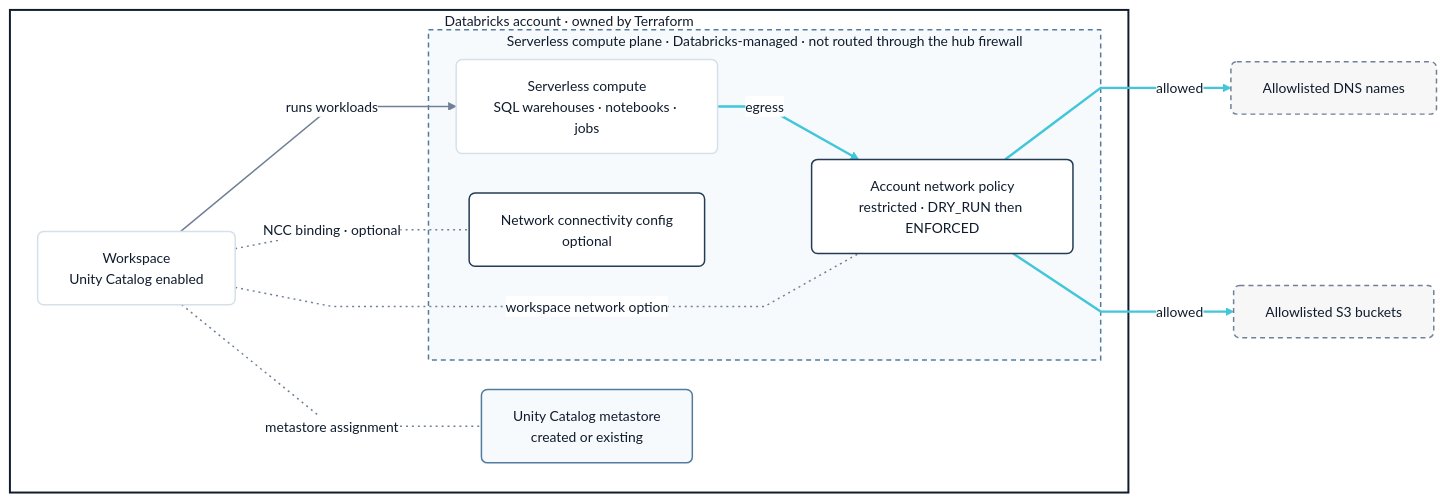
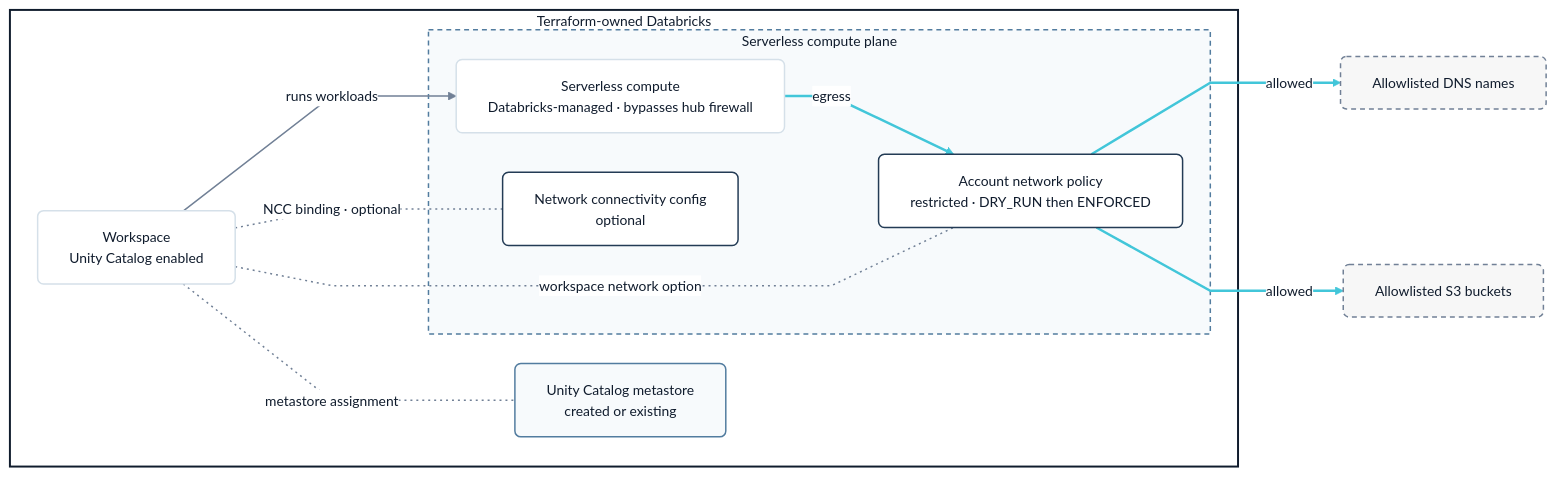
One commit to tanveer-singh-db/terraform_databricks_workspace_deployment_aws changed the second of 3 diagrams in README.md. Above: the diagram before and after it, drawn with Mermaid. The commit also changed other lines of this file, not shown here.

Commit message:
docs: apply Open Sans typography from Arctic Signal design system to diagrams

````diff
--- a/README.md
+++ b/README.md
@@ -76,39 +76,39 @@
 ```mermaid
-%%{init: {"theme": "base", "themeVariables": {"fontFamily": "Inter, Arial, Helvetica, sans-serif", "fontSize": "14px", "background": "#FFFFFF", "primaryColor": "#FFFFFF", "primaryTextColor": "#101C2D", "primaryBorderColor": "#D5E0E9", "lineColor": "#718096", "clusterBkg": "#F7FAFC", "clusterBorder": "#233B55", "titleColor": "#101C2D", "edgeLabelBackground": "#FFFFFF"}, "flowchart": {"curve": "linear", "nodeSpacing": 40, "rankSpacing": 56, "padding": 16}}}%%
+%%{init: {"theme": "base", "fontFamily": "Open Sans, Arial, Helvetica, sans-serif", "themeVariables": {"fontFamily": "Open Sans, Arial, Helvetica, sans-serif", "fontSize": "14px", "background": "#FFFFFF", "primaryColor": "#FFFFFF", "primaryTextColor": "#101C2D", "primaryBorderColor": "#D5E0E9", "lineColor": "#718096", "clusterBkg": "#F7FAFC", "clusterBorder": "#233B55", "titleColor": "#101C2D", "edgeLabelBackground": "#FFFFFF", "secondaryColor": "#F7FAFC", "secondaryTextColor": "#233B55", "secondaryBorderColor": "#9DC8E5", "tertiaryColor": "#FFFFFF", "textColor": "#101C2D"}, "flowchart": {"curve": "linear", "wrappingWidth": 360, "nodeSpacing": 40, "rankSpacing": 56, "padding": 16}}}%%
 flowchart LR
-    subgraph DBX["Databricks account · owned by Terraform"]
+    subgraph DBX["Terraform-owned Databricks"]
         WS["Workspace<br/>Unity Catalog enabled"]:::compute
         UC["Unity Catalog metastore<br/>created or existing"]:::platform
-        subgraph SLS["Serverless compute plane · Databricks-managed · not routed through the hub firewall"]
-            SERVERLESS["Serverless compute<br/>SQL warehouses · notebooks · jobs"]:::compute
+        subgraph SLS["Serverless compute plane"]
+            SERVERLESS["Serverless compute<br/>Databricks-managed · bypasses hub firewall"]:::compute
             POLICY["Account network policy<br/>restricted · DRY_RUN then ENFORCED"]:::gateway
             NCC["Network connectivity config<br/>optional"]:::gateway
         end
     end
 
     DNS["Allowlisted DNS names"]:::external
     S3DEST["Allowlisted S3 buckets"]:::external
 
     WS -- "runs workloads" --> SERVERLESS
     SERVERLESS -- "egress" --> POLICY
     POLICY -- "allowed" --> DNS
     POLICY -- "allowed" --> S3DEST
     WS -. "metastore assignment" .- UC
     WS -. "workspace network option" .- POLICY
     WS -. "NCC binding · optional" .- NCC
 
     classDef external fill:#F7F7F7,stroke:#718096,stroke-width:1.5px,stroke-dasharray:5 4,color:#101C2D,rx:6,ry:6
     classDef endpoint fill:#E8F7F8,stroke:#42C6D9,stroke-width:1.5px,color:#101C2D,rx:6,ry:6
     classDef gateway fill:#FFFFFF,stroke:#233B55,stroke-width:1.5px,color:#101C2D,rx:6,ry:6
     classDef compute fill:#FFFFFF,stroke:#D5E0E9,stroke-width:1.5px,color:#101C2D,rx:6,ry:6
     classDef storage fill:#EAF2F8,stroke:#527C9F,stroke-width:1.5px,color:#101C2D,rx:6,ry:6
     classDef identity fill:#FFFFFF,stroke:#527C9F,stroke-width:1.5px,color:#101C2D,rx:6,ry:6
     classDef platform fill:#F7FAFC,stroke:#527C9F,stroke-width:1.5px,color:#101C2D,rx:6,ry:6
 
     style DBX fill:#FFFFFF,stroke:#101C2D,stroke-width:2px,color:#101C2D
     style SLS fill:#F7FAFC,stroke:#527C9F,stroke-width:1.5px,stroke-dasharray:5 4,color:#101C2D
 
     linkStyle 0 stroke:#718096,stroke-width:1.5px
     linkStyle 1,2,3 stroke:#42C6D9,stroke-width:2.5px
     linkStyle 4,5,6 stroke:#718096,stroke-width:1.5px,stroke-dasharray:2 4
 ```
````
